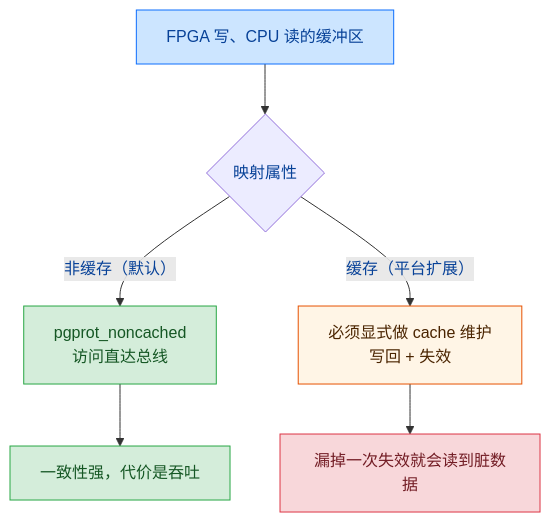
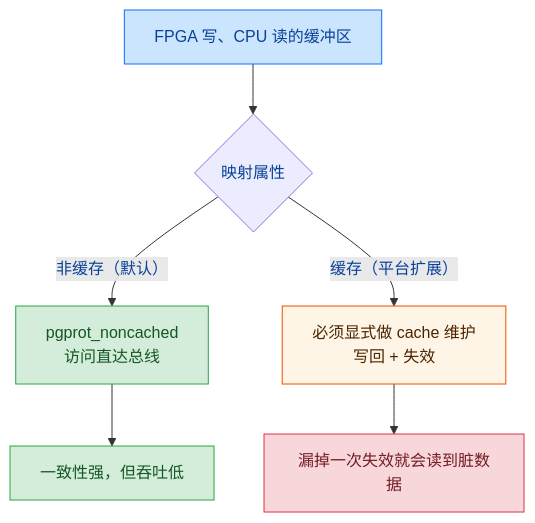
The fifth of 5 diagrams in content/posts/architecture/dma_devmem_and_fpga_ringbuffer.md (DeguiLiu/tech-notes), drawn with Mermaid before and after one commit. The commit also changed other lines of this file and 102 other files, not shown here.

````diff
--- a/content/posts/architecture/dma_devmem_and_fpga_ringbuffer.md
+++ b/content/posts/architecture/dma_devmem_and_fpga_ringbuffer.md
@@ -253,13 +253,13 @@
 ```mermaid
 flowchart TB
     A["FPGA 写、CPU 读的缓冲区"]:::root --> B{"映射属性"}
     B -- "非缓存（默认）" --> C["pgprot_noncached<br/>访问直达总线"]:::ok
     B -- "缓存（平台扩展）" --> D["必须显式做 cache 维护<br/>写回 + 失效"]:::warn
-    C --> E["一致性强，代价是吞吐"]:::ok
+    C --> E["一致性强，但吞吐低"]:::ok
     D --> F["漏掉一次失效就会读到脏数据"]:::risk
 
     classDef root fill:#cce5ff,stroke:#0d6efd,color:#084298;
     classDef ok fill:#d4edda,stroke:#28a745,color:#155724;
     classDef warn fill:#fff5e6,stroke:#e65100,color:#4a2400;
     classDef risk fill:#f8d7da,stroke:#dc3545,color:#721c24;
 ```
````
